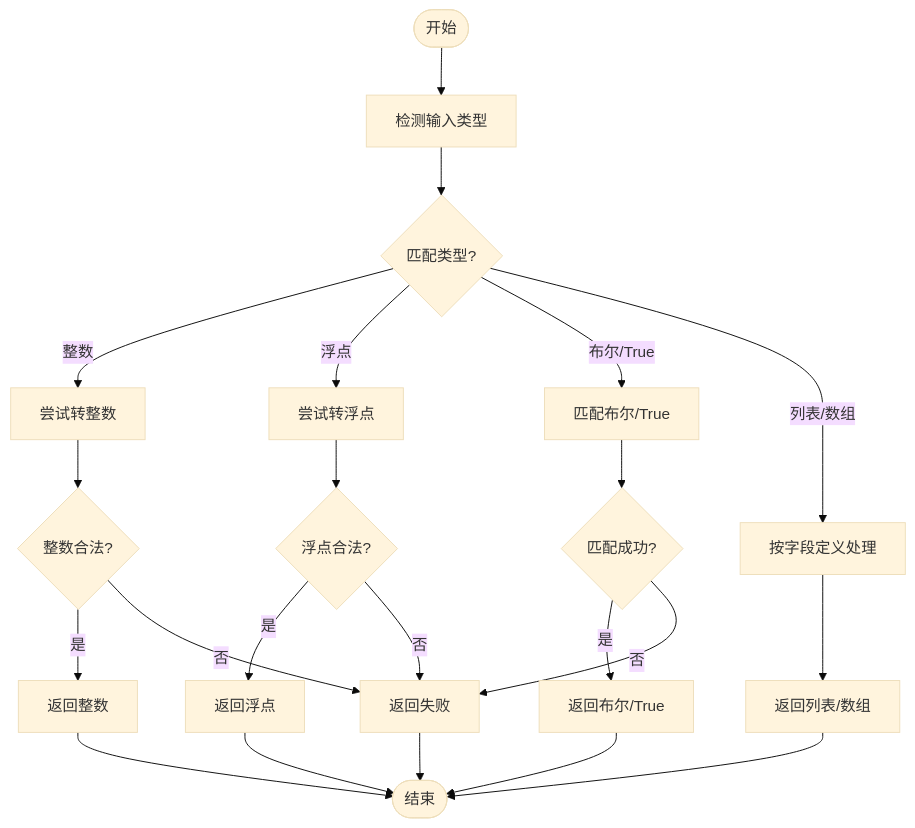
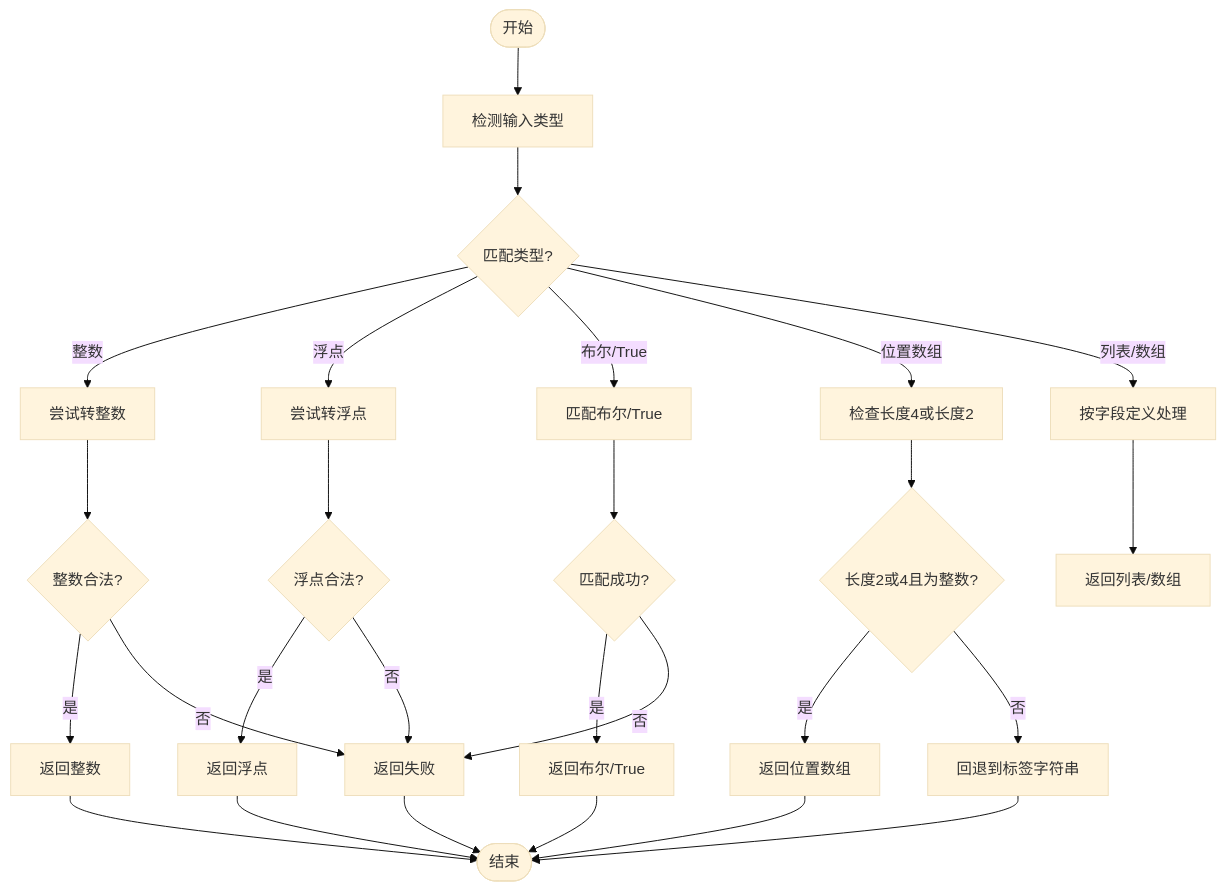
One commit to kqcoxn/MaaPipelineEditor changed the fourth of 9 diagrams in .qoder/repowiki/zh/content/字段配置系统/字段验证系统/字段验证系统.md. Above: the diagram before and after it, drawn with Mermaid (base theme). The commit also changed other lines of this file and 8 other files, not shown here.

````diff
--- a/.qoder/repowiki/zh/content/字段配置系统/字段验证系统/字段验证系统.md
+++ b/.qoder/repowiki/zh/content/字段配置系统/字段验证系统/字段验证系统.md
@@ -172,24 +190,29 @@
 ```mermaid
 flowchart TD
 Start(["开始"]) --> Detect["检测输入类型"]
 Detect --> Switch{"匹配类型?"}
 Switch --> |整数| TryInt["尝试转整数"]
 TryInt --> IntOK{"整数合法?"}
 IntOK --> |是| RetInt["返回整数"]
 IntOK --> |否| Fail["返回失败"]
 Switch --> |浮点| TryFloat["尝试转浮点"]
 TryFloat --> FloatOK{"浮点合法?"}
 FloatOK --> |是| RetFloat["返回浮点"]
 FloatOK --> |否| Fail
 Switch --> |布尔/True| TryBool["匹配布尔/True"]
 TryBool --> BoolOK{"匹配成功?"}
 BoolOK --> |是| RetBool["返回布尔/True"]
 BoolOK --> |否| Fail
+Switch --> |位置数组| PosCheck["检查长度4或长度2"]
+PosCheck --> PosOK{"长度2或4且为整数?"}
+PosOK --> |是| RetPos["返回位置数组"]
+PosOK --> |否| PosFallback["回退到标签字符串"]
 Switch --> |列表/数组| TryList["按字段定义处理"]
 TryList --> RetList["返回列表/数组"]
 RetInt --> End(["结束"])
 RetFloat --> End
 RetBool --> End
-RetList --> End
+RetPos --> End
+PosFallback --> End
 Fail --> End
 ```
````
